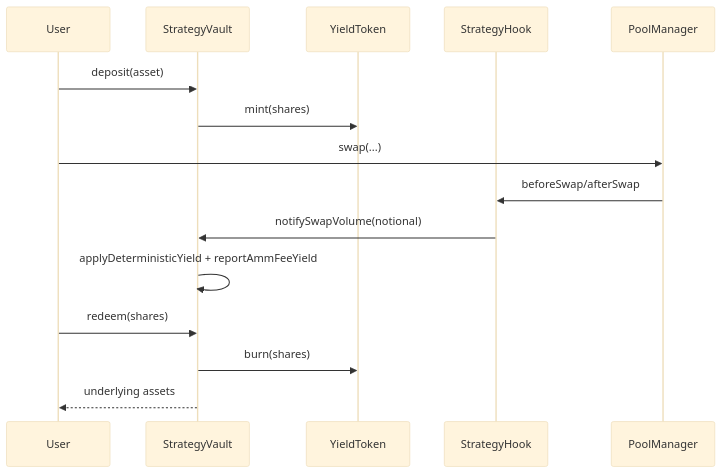
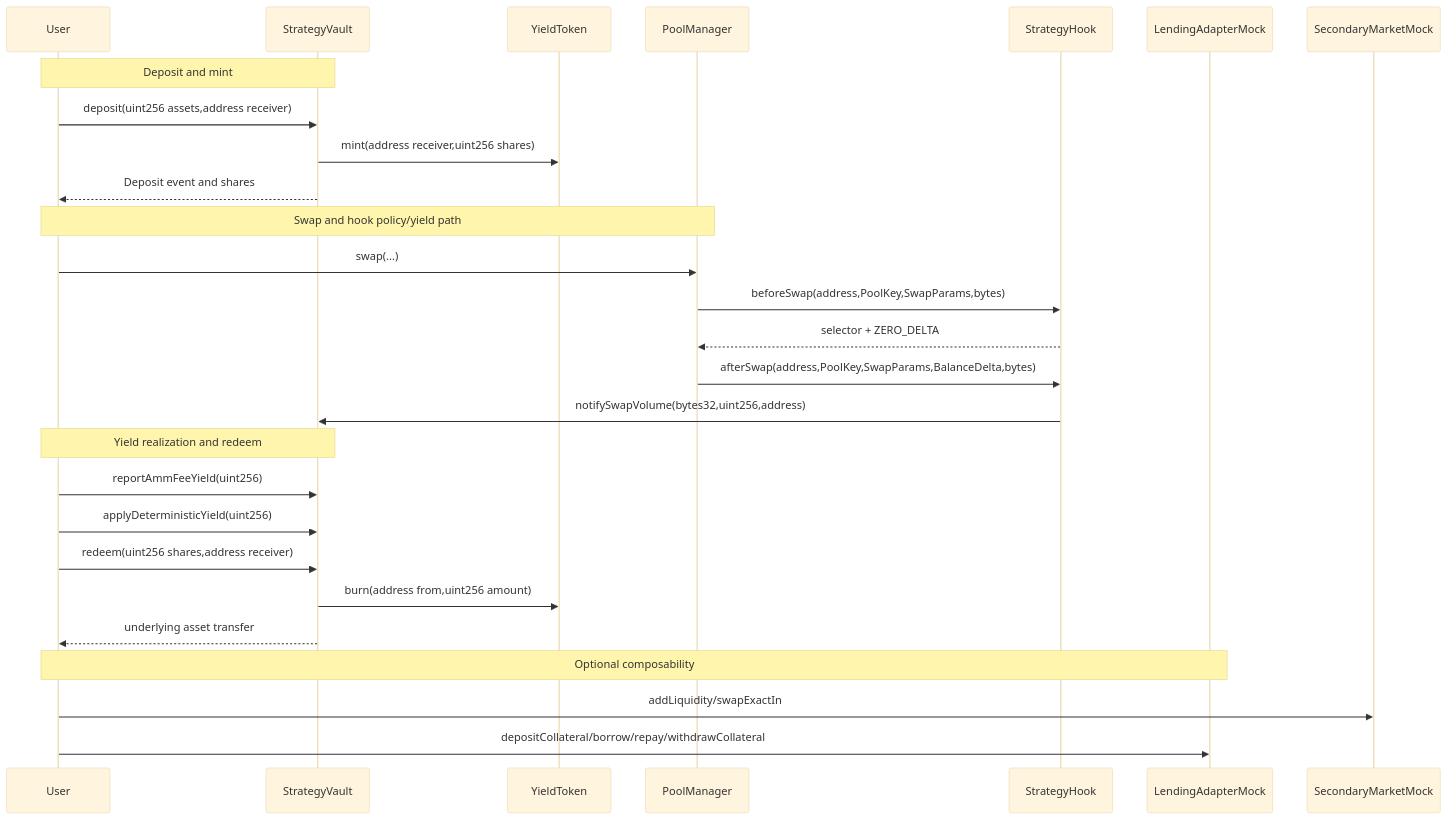
The third of 3 diagrams in README.md (KHRAFTSng/tokenized-strategies-on-uniswap-v4), drawn with Mermaid (base theme) before and after one commit. The commit also changed other lines of this file, not shown here.

````diff
--- a/README.md
+++ b/README.md
@@ -35,18 +98,33 @@
 ```mermaid
 sequenceDiagram
-  participant U as User
-  participant V as StrategyVault
-  participant Y as YieldToken
-  participant H as StrategyHook
-  participant P as PoolManager
+  participant User
+  participant Vault as StrategyVault
+  participant Token as YieldToken
+  participant PM as PoolManager
+  participant Hook as StrategyHook
+  participant Lend as LendingAdapterMock
+  participant Sec as SecondaryMarketMock
 
-  U->>V: deposit(asset)
-  V->>Y: mint(shares)
-  U->>P: swap(...)
-  P->>H: beforeSwap/afterSwap
-  H->>V: notifySwapVolume(notional)
-  V->>V: applyDeterministicYield + reportAmmFeeYield
-  U->>V: redeem(shares)
-  V->>Y: burn(shares)
-  V-->>U: underlying assets
+  Note over User,Vault: Deposit and mint
+  User->>Vault: deposit(uint256 assets,address receiver)
+  Vault->>Token: mint(address receiver,uint256 shares)
+  Vault-->>User: Deposit event and shares
+
+  Note over User,PM: Swap and hook policy/yield path
+  User->>PM: swap(...)
+  PM->>Hook: beforeSwap(address,PoolKey,SwapParams,bytes)
+  Hook-->>PM: selector + ZERO_DELTA
+  PM->>Hook: afterSwap(address,PoolKey,SwapParams,BalanceDelta,bytes)
+  Hook->>Vault: notifySwapVolume(bytes32,uint256,address)
+
+  Note over User,Vault: Yield realization and redeem
+  User->>Vault: reportAmmFeeYield(uint256)
+  User->>Vault: applyDeterministicYield(uint256)
+  User->>Vault: redeem(uint256 shares,address receiver)
+  Vault->>Token: burn(address from,uint256 amount)
+  Vault-->>User: underlying asset transfer
+
+  Note over User,Lend: Optional composability
+  User->>Sec: addLiquidity/swapExactIn
+  User->>Lend: depositCollateral/borrow/repay/withdrawCollateral
 ```
````
